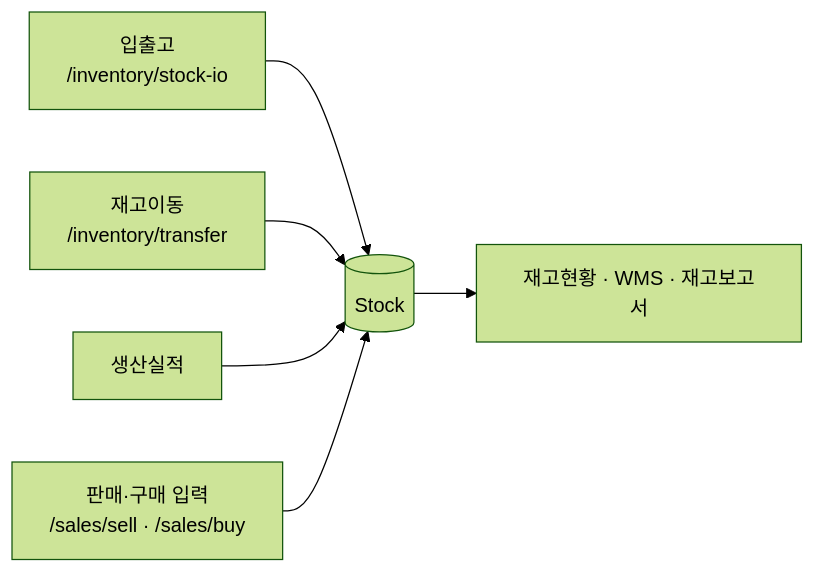
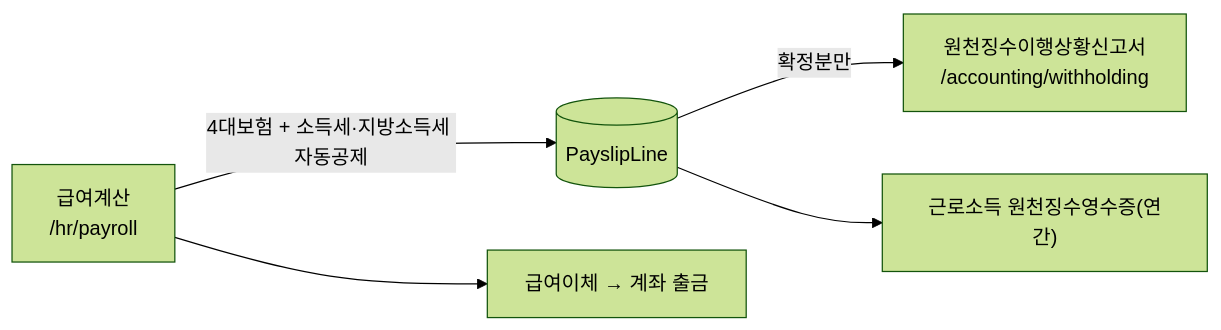
Diagram 11 of 11 in docs/데이터-관계도.md (KWANHYUNKIM/industry-erp), drawn with Mermaid (forest theme) before and after one commit. The commit also changed other lines of this file and 1 other file, not shown here.

````diff
--- a/docs/데이터-관계도.md
+++ b/docs/데이터-관계도.md
@@ -154,8 +250,7 @@
 ```mermaid
 flowchart LR
-  SIO["입출고<br/>/inventory/stock-io"] --> ST[(Stock)]
-  TR["재고이동<br/>/inventory/transfer"] --> ST
-  PR["생산실적"] --> ST
-  TE["판매·구매 입력<br/>/sales/sell · /sales/buy"] --> ST
-  ST --> CS["재고현황 · WMS · 재고보고서"]
+  PS["급여계산<br/>/hr/payroll"] -->|"4대보험 + 소득세·지방소득세 자동공제"| PSL[(PayslipLine)]
+  PSL -->|"확정분만"| WH["원천징수이행상황신고서<br/>/accounting/withholding"]
+  PSL --> RC["근로소득 원천징수영수증(연간)"]
+  PS --> TR["급여이체 → 계좌 출금"]
 ```
````
